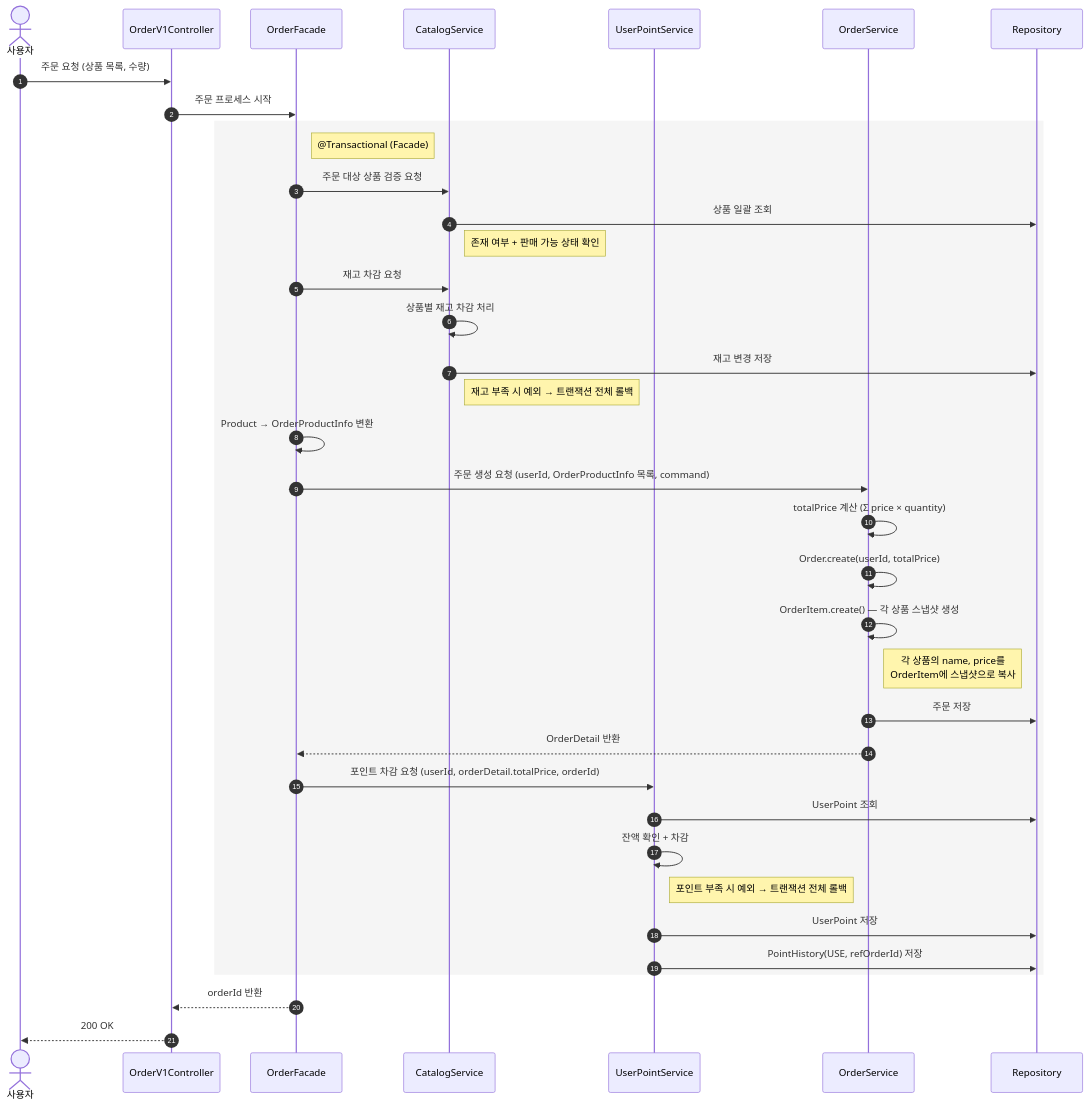
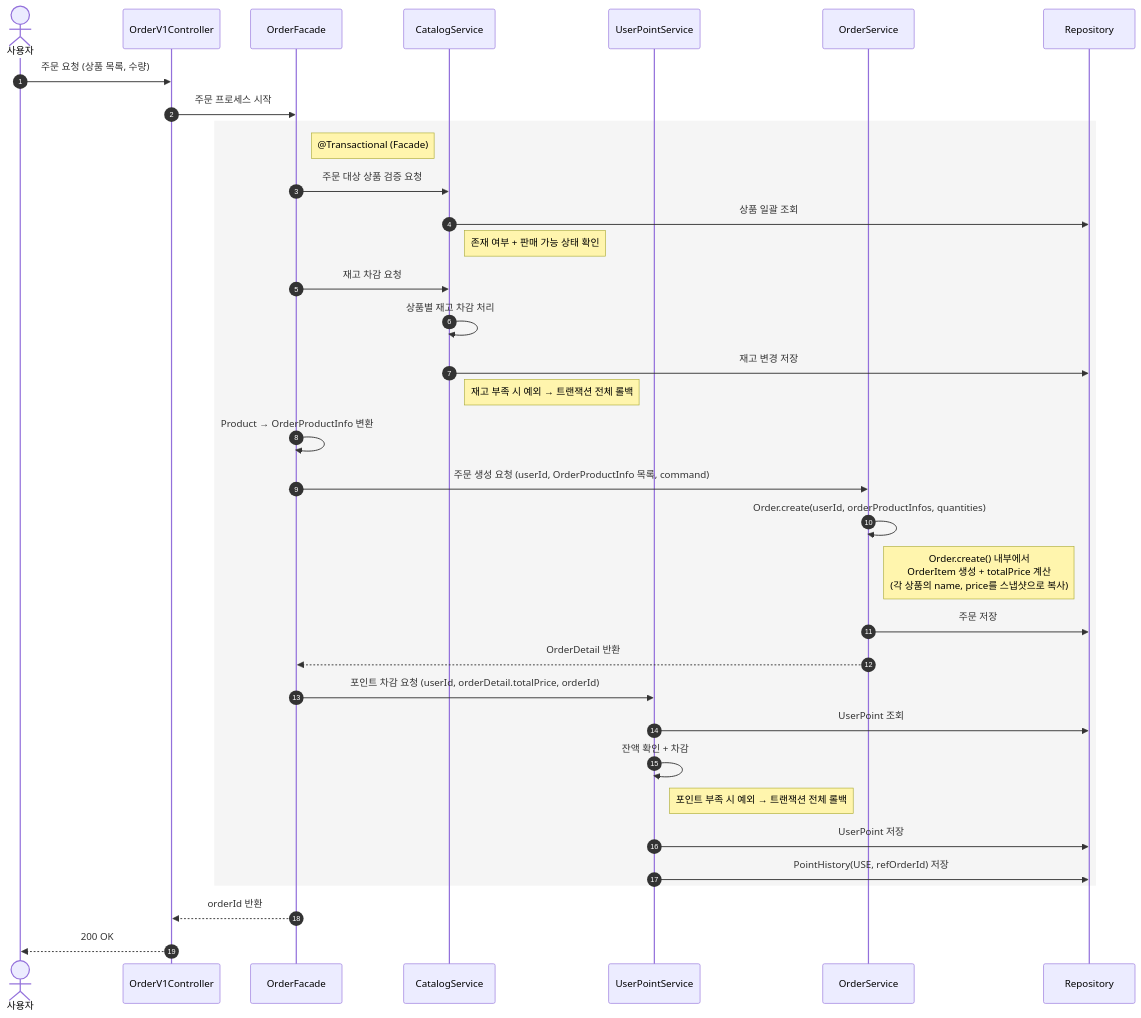
Diagram 19 of 26 in docs/design/02-sequence-diagrams.md (Loopers-dev-lab/loop-pack-be-l2-vol3-kotlin), drawn with Mermaid before and after one commit. The commit also changed other lines of this file and 6 other files, not shown here.

````diff
--- a/docs/design/02-sequence-diagrams.md
+++ b/docs/design/02-sequence-diagrams.md
@@ -547,45 +548,43 @@
 ```mermaid
 sequenceDiagram
     autonumber
     actor User as 사용자
     participant C as OrderV1Controller
     participant F as OrderFacade
     participant CS as CatalogService
     participant UPS as UserPointService
     participant OS as OrderService
     participant R as Repository
     User ->> C: 주문 요청 (상품 목록, 수량)
     C ->> F: 주문 프로세스 시작
 
     rect rgb(245, 245, 245)
         Note right of F: @Transactional (Facade)
     %% 1단계: 상품 유효성 확인
         F ->> CS: 주문 대상 상품 검증 요청
         CS ->> R: 상품 일괄 조회
         Note right of CS: 존재 여부 + 판매 가능 상태 확인
     %% 2단계: 재고 차감
         F ->> CS: 재고 차감 요청
         CS ->> CS: 상품별 재고 차감 처리
         CS ->> R: 재고 변경 저장
         Note right of CS: 재고 부족 시 예외 → 트랜잭션 전체 롤백
-    %% 3단계: 주문 생성 (totalPrice 계산 → Order 생성 → OrderItem 스냅샷)
+    %% 3단계: 주문 생성 (Order.create()가 내부에서 OrderItem 생성 + totalPrice 계산)
         F ->> F: Product → OrderProductInfo 변환
         F ->> OS: 주문 생성 요청 (userId, OrderProductInfo 목록, command)
-        OS ->> OS: totalPrice 계산 (Σ price × quantity)
-        OS ->> OS: Order.create(userId, totalPrice)
-        OS ->> OS: OrderItem.create() — 각 상품 스냅샷 생성
-        Note right of OS: 각 상품의 name, price를<br/>OrderItem에 스냅샷으로 복사
+        OS ->> OS: Order.create(userId, orderProductInfos, quantities)
+        Note right of OS: Order.create() 내부에서<br/>OrderItem 생성 + totalPrice 계산<br/>(각 상품의 name, price를 스냅샷으로 복사)
         OS ->> R: 주문 저장
         OS -->> F: OrderDetail 반환
     %% 4단계: 포인트 차감
         F ->> UPS: 포인트 차감 요청 (userId, orderDetail.totalPrice, orderId)
         UPS ->> R: UserPoint 조회
         UPS ->> UPS: 잔액 확인 + 차감
         Note right of UPS: 포인트 부족 시 예외 → 트랜잭션 전체 롤백
         UPS ->> R: UserPoint 저장
         UPS ->> R: PointHistory(USE, refOrderId) 저장
     end
 
     F -->> C: orderId 반환
     C -->> User: 200 OK
 ```
````
